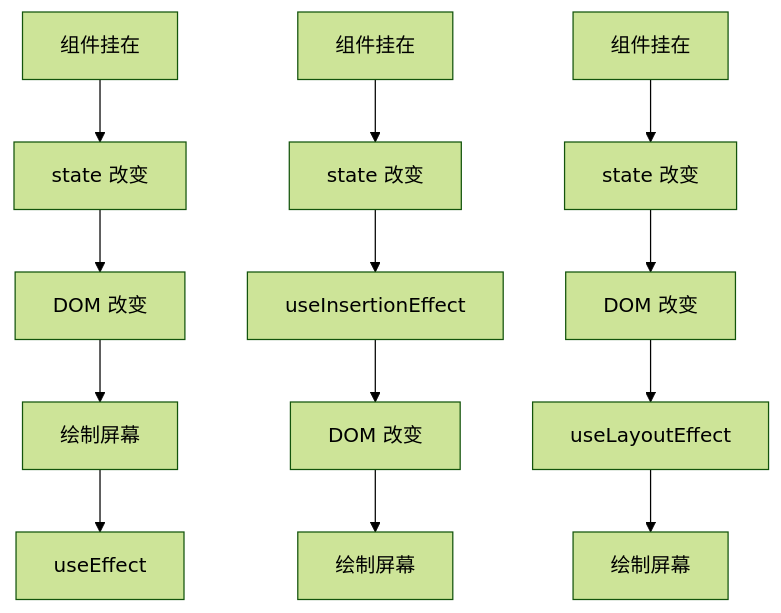
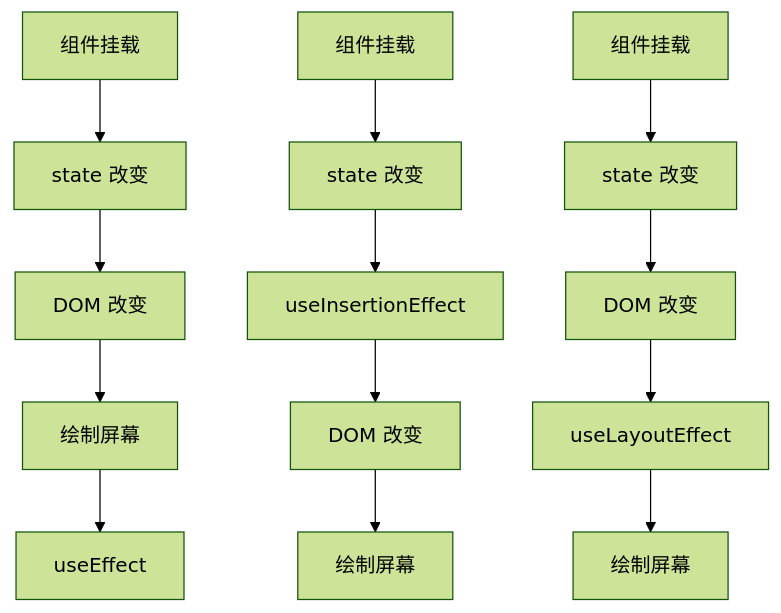
Before and after one commit to hhuabin/code-note: the diagram in web/React/React基础/ReactHooks.md, drawn with Mermaid (forest theme). The commit also changed other lines of this file and 39 other files, not shown here.

````diff
--- a/web/React/React基础/ReactHooks.md
+++ b/web/React/React基础/ReactHooks.md
@@ -616,17 +627,17 @@
 ```mermaid
 graph TD
-    A1[组件挂在] --> B1[state 改变]
+    A1[组件挂载] --> B1[state 改变]
     B1 --> C1[DOM 改变]
     C1 --> D1[绘制屏幕]
     D1 --> F1[useEffect]
     
-    A2[组件挂在] --> B2[state 改变]
+    A2[组件挂载] --> B2[state 改变]
     B2 --> C2[useInsertionEffect]
     C2 --> D2[DOM 改变]
     D2 --> F2[绘制屏幕]
     
-    A3[组件挂在] --> B3[state 改变]
+    A3[组件挂载] --> B3[state 改变]
     B3 --> C3[DOM 改变]
     C3 --> D3[useLayoutEffect]
     D3 --> F3[绘制屏幕]
 ```
````
